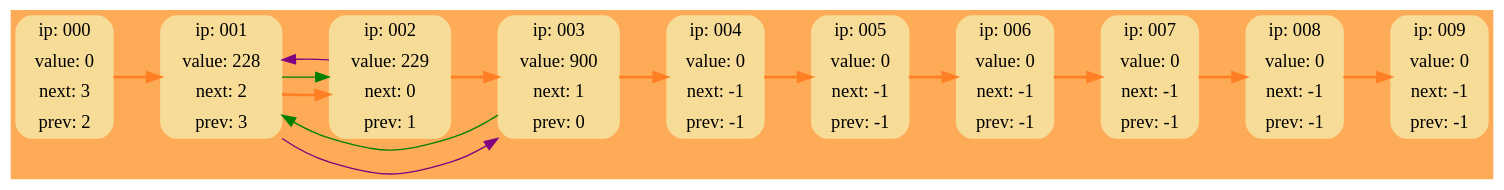
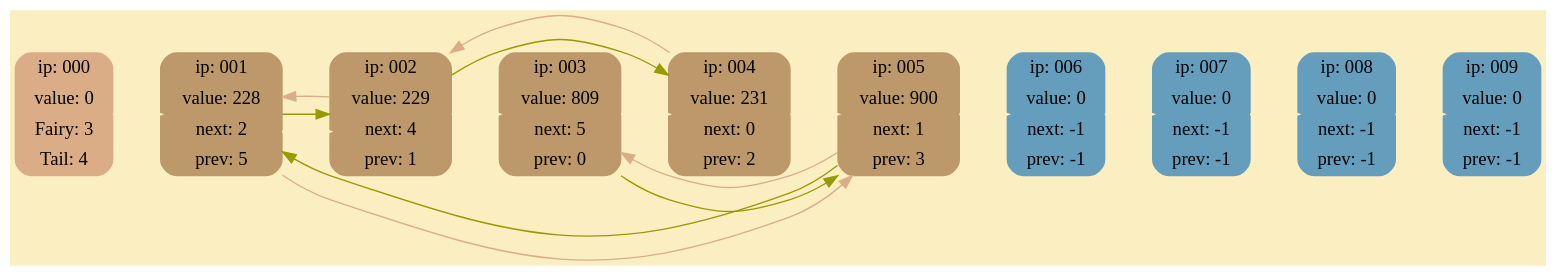
Before and after one commit to RTCupid/List: the diagram in DumpGraph.dot, drawn with Graphviz. The commit also changed 19 other files, not shown here.

```diff
--- a/DumpGraph.dot
+++ b/DumpGraph.dot
@@ -1,30 +1,34 @@
 digraph G {
 	rankdir = LR;
-	bgcolor="#FDAB57"
-	node000 [shape=Mrecord; style=filled; color="#F7DC98"; label = " { ip: 000} | {value:   0} | {next:   3} | {prev:   2} " ];
-	node001 [shape=Mrecord; style=filled; color="#F7DC98"; label = " { ip: 001} | {value: 228} | {next:   2} | {prev:   3} " ];
-	node002 [shape=Mrecord; style=filled; color="#F7DC98"; label = " { ip: 002} | {value: 229} | {next:   0} | {prev:   1} " ];
-	node003 [shape=Mrecord; style=filled; color="#F7DC98"; label = " { ip: 003} | {value: 900} | {next:   1} | {prev:   0} " ];
-	node004 [shape=Mrecord; style=filled; color="#F7DC98"; label = " { ip: 004} | {value:   0} | {next:  -1} | {prev:  -1} " ];
-	node005 [shape=Mrecord; style=filled; color="#F7DC98"; label = " { ip: 005} | {value:   0} | {next:  -1} | {prev:  -1} " ];
-	node006 [shape=Mrecord; style=filled; color="#F7DC98"; label = " { ip: 006} | {value:   0} | {next:  -1} | {prev:  -1} " ];
-	node007 [shape=Mrecord; style=filled; color="#F7DC98"; label = " { ip: 007} | {value:   0} | {next:  -1} | {prev:  -1} " ];
-	node008 [shape=Mrecord; style=filled; color="#F7DC98"; label = " { ip: 008} | {value:   0} | {next:  -1} | {prev:  -1} " ];
-	node009 [shape=Mrecord; style=filled; color="#F7DC98"; label = " { ip: 009} | {value:   0} | {next:  -1} | {prev:  -1} " ];
+	bgcolor="#FBEEC1"
+	node000 [shape=Mrecord; style=filled; color="#DAAD86"; label = "{ ip: 000}  | {value:   0} |{Fairy:   3} | {Tail:   4} " ];
+	node001 [shape=Mrecord; style=filled; color="#BC986A"; label = "{ ip: 001}  |{value: 228} |{next:   2} |{prev:   5} " ];
+	node002 [shape=Mrecord; style=filled; color="#BC986A"; label = "{ ip: 002}  |{value: 229} |{next:   4} |{prev:   1} " ];
+	node003 [shape=Mrecord; style=filled; color="#BC986A"; label = "{ ip: 003}  |{value: 809} |{next:   5} |{prev:   0} " ];
+	node004 [shape=Mrecord; style=filled; color="#BC986A"; label = "{ ip: 004}  |{value: 231} |{next:   0} |{prev:   2} " ];
+	node005 [shape=Mrecord; style=filled; color="#BC986A"; label = "{ ip: 005}  |{value: 900} |{next:   1} |{prev:   3} " ];
+	node006 [shape=Mrecord; style=filled; color="#659DBD"; label = "{ ip: 006}  |{value:   0} |{next:  -1} |{prev:  -1} " ];
+	node007 [shape=Mrecord; style=filled; color="#659DBD"; label = "{ ip: 007}  |{value:   0} |{next:  -1} |{prev:  -1} " ];
+	node008 [shape=Mrecord; style=filled; color="#659DBD"; label = "{ ip: 008}  |{value:   0} |{next:  -1} |{prev:  -1} " ];
+	node009 [shape=Mrecord; style=filled; color="#659DBD"; label = "{ ip: 009}  |{value:   0} |{next:  -1} |{prev:  -1} " ];
 
-	node000 -> node001 [style=bold; weight=1000; color=chocolate1; ];
-	node001 -> node002 [style=bold; weight=1000; color=chocolate1; ];
-	node002 -> node003 [style=bold; weight=1000; color=chocolate1; ];
-	node003 -> node004 [style=bold; weight=1000; color=chocolate1; ];
-	node004 -> node005 [style=bold; weight=1000; color=chocolate1; ];
-	node005 -> node006 [style=bold; weight=1000; color=chocolate1; ];
-	node006 -> node007 [style=bold; weight=1000; color=chocolate1; ];
-	node007 -> node008 [style=bold; weight=1000; color=chocolate1; ];
-	node008 -> node009 [style=bold; weight=1000; color=chocolate1; ];
+	node000 -> node001 [style=bold; weight=1000; color="#FBEEC1"; ];
+	node001 -> node002 [style=bold; weight=1000; color="#FBEEC1"; ];
+	node002 -> node003 [style=bold; weight=1000; color="#FBEEC1"; ];
+	node003 -> node004 [style=bold; weight=1000; color="#FBEEC1"; ];
+	node004 -> node005 [style=bold; weight=1000; color="#FBEEC1"; ];
+	node005 -> node006 [style=bold; weight=1000; color="#FBEEC1"; ];
+	node006 -> node007 [style=bold; weight=1000; color="#FBEEC1"; ];
+	node007 -> node008 [style=bold; weight=1000; color="#FBEEC1"; ];
+	node008 -> node009 [style=bold; weight=1000; color="#FBEEC1"; ];
 
-	node001 -> node002 [weight=0; color=green; ];
-	node003 -> node001 [weight=0; color=green; ];
+	node001 -> node002 [weight=0; color="#999900"; ];
+	node002 -> node004 [weight=0; color="#999900"; ];
+	node003 -> node005 [weight=0; color="#999900"; ];
+	node005 -> node001 [weight=0; color="#999900"; ];
 
-	node002 -> node001 [weight=0; color=purple; constraint=false; ];
-	node001 -> node003 [weight=0; color=purple; constraint=false; ];
+	node005 -> node003 [weight=0; color="#DAAD86"; constraint=false; ];
+	node004 -> node002 [weight=0; color="#DAAD86"; constraint=false; ];
+	node002 -> node001 [weight=0; color="#DAAD86"; constraint=false; ];
+	node001 -> node005 [weight=0; color="#DAAD86"; constraint=false; ];
 }
```
